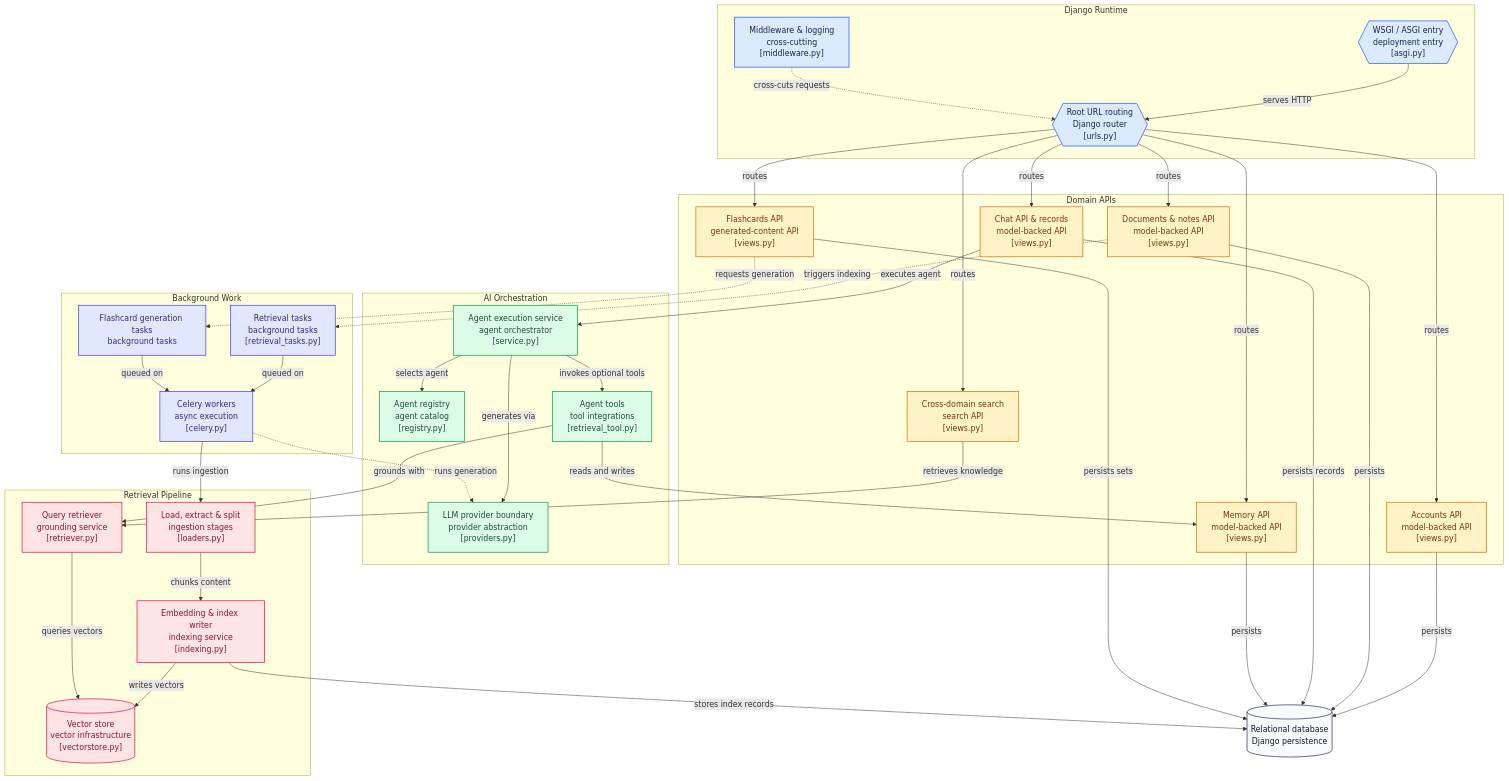
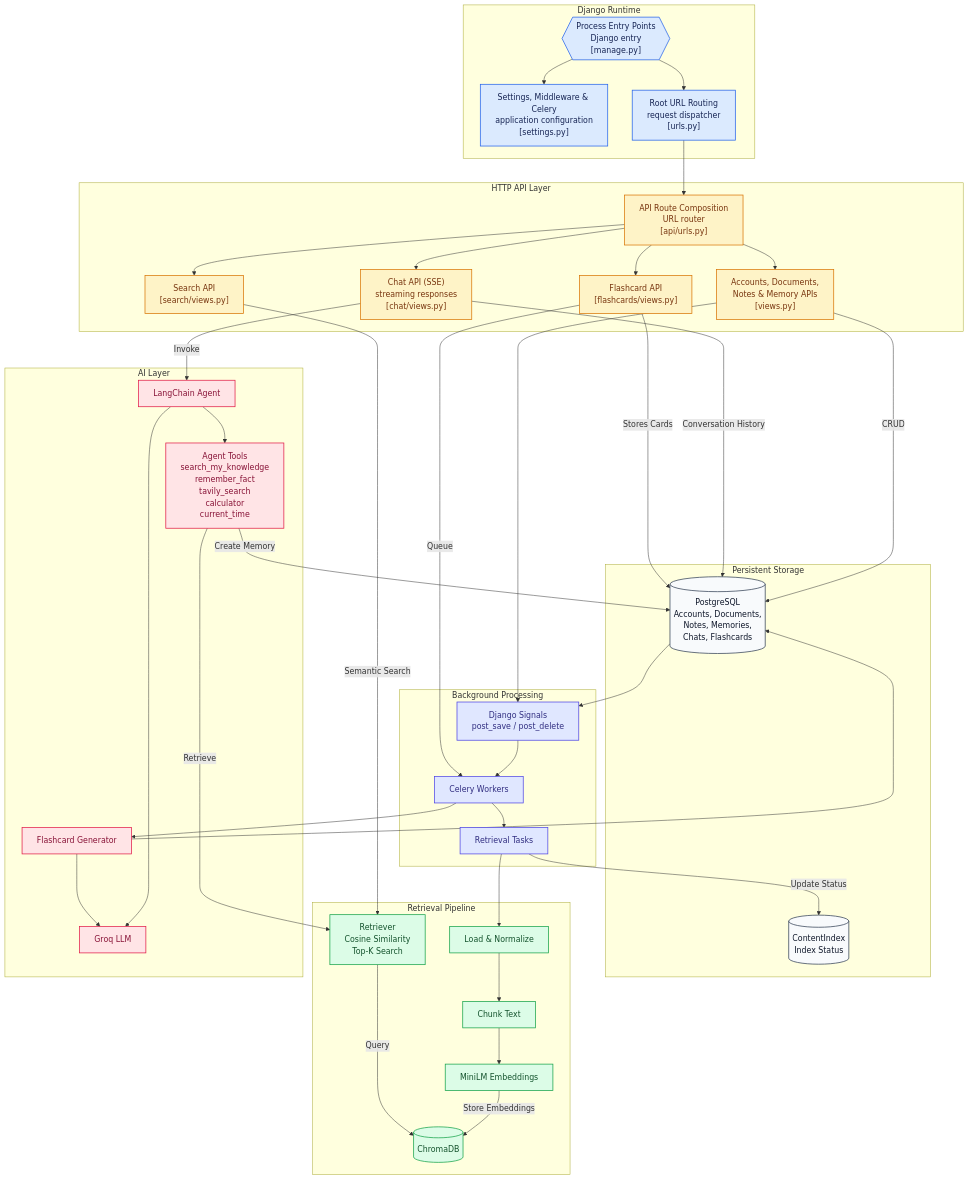
Before and after one commit to AshrayaBashyal/knowledge_assistant: the diagram in README.md, drawn with Mermaid.

Commit message:
Revise flowchart for Django architecture in README
Updated the flowchart in the README to reflect changes in the Django architecture, including the addition of new nodes and removal of outdated ones.

````diff
--- a/README.md
+++ b/README.md
@@ -40,190 +40,98 @@
 flowchart TD
 
 subgraph group_runtime["Django Runtime"]
-
-  node_urls{{"Root URL routing<br/>Django router<br/>[urls.py]"}}
-
-  node_runtime{{"WSGI / ASGI entry<br/>deployment entry<br/>[asgi.py]"}}
-
-  node_middleware["Middleware &amp; logging<br/>cross-cutting<br/>[middleware.py]"]
-
+  node_entrypoints{{"Process Entry Points<br/>Django entry<br/>[manage.py]"}}
+  node_settings["Settings, Middleware & Celery<br/>application configuration<br/>[settings.py]"]
+  node_root_routes["Root URL Routing<br/>request dispatcher<br/>[urls.py]"]
 end
 
-subgraph group_domains["Domain APIs"]
-
-  node_accounts["Accounts API<br/>model-backed API<br/>[views.py]"]
-
-  node_content["Documents &amp; notes API<br/>model-backed API<br/>[views.py]"]
-
-  node_chat["Chat API &amp; records<br/>model-backed API<br/>[views.py]"]
-
-  node_memory["Memory API<br/>model-backed API<br/>[views.py]"]
-
-  node_flashcards["Flashcards API<br/>generated-content API<br/>[views.py]"]
-
-  node_search["Cross-domain search<br/>search API<br/>[views.py]"]
-
+subgraph group_api["HTTP API Layer"]
+  node_api_routes["API Route Composition<br/>URL router<br/>[api/urls.py]"]
+  node_content["Accounts, Documents,<br/>Notes & Memory APIs<br/>[views.py]"]
+  node_chat["Chat API (SSE)<br/>streaming responses<br/>[chat/views.py]"]
+  node_flashcards["Flashcard API<br/>[flashcards/views.py]"]
+  node_search["Search API<br/>[search/views.py]"]
 end
 
-subgraph group_ai["AI Orchestration"]
+subgraph group_storage["Persistent Storage"]
+  node_postgres[("PostgreSQL<br/>Accounts, Documents,<br/>Notes, Memories,<br/>Chats, Flashcards")]
+  node_contentindex[("ContentIndex<br/>Index Status")]
+end
 
-  node_agent_service["Agent execution service<br/>agent orchestrator<br/>[service.py]"]
-
-  node_agent_registry["Agent registry<br/>agent catalog<br/>[registry.py]"]
-
-  node_llm["LLM provider boundary<br/>provider abstraction<br/>[providers.py]"]
-
-  node_tools["Agent tools<br/>tool integrations<br/>[retrieval_tool.py]"]
-
+subgraph group_async["Background Processing"]
+  node_signals["Django Signals<br/>post_save / post_delete"]
+  node_celery["Celery Workers"]
+  node_tasks["Retrieval Tasks"]
 end
 
 subgraph group_retrieval["Retrieval Pipeline"]
-
-  node_ingestion["Load, extract &amp; split<br/>ingestion stages<br/>[loaders.py]"]
-
-  node_indexing["Embedding &amp; index writer<br/>indexing service<br/>[indexing.py]"]
-
-  node_vectorstore[("Vector store<br/>vector infrastructure<br/>[vectorstore.py]")]
-
-  node_retriever["Query retriever<br/>grounding service<br/>[retriever.py]"]
-
+  node_loader["Load & Normalize"]
+  node_chunk["Chunk Text"]
+  node_embed["MiniLM Embeddings"]
+  node_vector[("ChromaDB")]
+  node_retriever["Retriever<br/>Cosine Similarity<br/>Top-K Search"]
 end
 
-subgraph group_async["Background Work"]
+subgraph group_ai["AI Layer"]
+  node_agent["LangChain Agent"]
+  node_llm["Groq LLM"]
 
-  node_celery["Celery workers<br/>async execution<br/>[celery.py]"]
+  node_tools["Agent Tools<br/>search_my_knowledge<br/>remember_fact<br/>tavily_search<br/>calculator<br/>current_time"]
 
-  node_retrieval_tasks["Retrieval tasks<br/>background tasks<br/>[retrieval_tasks.py]"]
-
-  node_flashcard_tasks["Flashcard generation tasks<br/>background tasks"]
-
+  node_flashgen["Flashcard Generator"]
 end
 
-node_database[("Relational database<br/>Django persistence")]
+node_entrypoints --> node_settings
+node_entrypoints --> node_root_routes
+node_root_routes --> node_api_routes
 
-node_runtime -->|"serves HTTP"| node_urls
+node_api_routes --> node_content
+node_api_routes --> node_chat
+node_api_routes --> node_flashcards
+node_api_routes --> node_search
 
-node_urls -->|"routes"| node_accounts
+node_content -->|"CRUD"| node_postgres
+node_chat -->|"Conversation History"| node_postgres
+node_flashcards -->|"Stores Cards"| node_postgres
 
-node_urls -->|"routes"| node_content
+node_content --> node_signals
+node_signals --> node_celery
+node_celery --> node_tasks
 
-node_urls -->|"routes"| node_chat
+node_tasks --> node_loader
+node_loader --> node_chunk
+node_chunk --> node_embed
+node_embed -->|"Store Embeddings"| node_vector
+node_tasks -->|"Update Status"| node_contentindex
 
-node_urls -->|"routes"| node_memory
+node_chat -->|"Invoke"| node_agent
+node_agent --> node_llm
+node_agent --> node_tools
 
-node_urls -->|"routes"| node_flashcards
+node_tools -->|"Retrieve"| node_retriever
+node_retriever -->|"Query"| node_vector
 
-node_urls -->|"routes"| node_search
+node_tools -->|"Create Memory"| node_postgres
+node_postgres --> node_signals
 
-node_middleware -.->|"cross-cuts requests"| node_urls
+node_search -->|"Semantic Search"| node_retriever
 
-node_accounts -->|"persists"| node_database
-
-node_content -->|"persists"| node_database
-
-node_chat -->|"persists records"| node_database
-
-node_memory -->|"persists"| node_database
-
-node_flashcards -->|"persists sets"| node_database
-
-node_chat -->|"executes agent"| node_agent_service
-
-node_agent_service -->|"selects agent"| node_agent_registry
-
-node_agent_service -->|"generates via"| node_llm
-
-node_agent_service -->|"invokes optional tools"| node_tools
-
-node_tools -->|"grounds with"| node_retriever
-
-node_tools -->|"reads and writes"| node_memory
-
-node_content -.->|"triggers indexing"| node_retrieval_tasks
-
-node_retrieval_tasks -->|"queued on"| node_celery
-
-node_celery -->|"runs ingestion"| node_ingestion
-
-node_ingestion -->|"chunks content"| node_indexing
-
-node_indexing -->|"writes vectors"| node_vectorstore
-
-node_indexing -->|"stores index records"| node_database
-
-node_retriever -->|"queries vectors"| node_vectorstore
-
-node_search -->|"retrieves knowledge"| node_retriever
-
-node_flashcards -.->|"requests generation"| node_flashcard_tasks
-
-node_flashcard_tasks -->|"queued on"| node_celery
-
-node_celery -.->|"runs generation"| node_llm
-
-click node_urls "https://github.com/ashrayabashyal/knowledge_assistant/blob/main/config/urls.py"
-
-click node_runtime "https://github.com/ashrayabashyal/knowledge_assistant/blob/main/config/asgi.py"
-
-click node_middleware "https://github.com/ashrayabashyal/knowledge_assistant/blob/main/core/middleware.py"
-
-click node_accounts "https://github.com/ashrayabashyal/knowledge_assistant/blob/main/accounts/views.py"
-
-click node_content "https://github.com/ashrayabashyal/knowledge_assistant/blob/main/documents/views.py"
-
-click node_chat "https://github.com/ashrayabashyal/knowledge_assistant/blob/main/chat/views.py"
-
-click node_memory "https://github.com/ashrayabashyal/knowledge_assistant/blob/main/memory/views.py"
-
-click node_flashcards "https://github.com/ashrayabashyal/knowledge_assistant/blob/main/flashcards/views.py"
-
-click node_search "https://github.com/ashrayabashyal/knowledge_assistant/blob/main/search/views.py"
-
-click node_agent_service "https://github.com/ashrayabashyal/knowledge_assistant/blob/main/agents/service.py"
-
-click node_agent_registry "https://github.com/ashrayabashyal/knowledge_assistant/blob/main/agents/registry.py"
-
-click node_llm "https://github.com/ashrayabashyal/knowledge_assistant/blob/main/llm/providers.py"
-
-click node_tools "https://github.com/ashrayabashyal/knowledge_assistant/blob/main/tools/retrieval_tool.py"
-
-click node_ingestion "https://github.com/ashrayabashyal/knowledge_assistant/blob/main/retrieval/loaders.py"
-
-click node_indexing "https://github.com/ashrayabashyal/knowledge_assistant/blob/main/retrieval/indexing.py"
-
-click node_vectorstore "https://github.com/ashrayabashyal/knowledge_assistant/blob/main/retrieval/vectorstore.py"
-
-click node_retriever "https://github.com/ashrayabashyal/knowledge_assistant/blob/main/retrieval/retriever.py"
-
-click node_celery "https://github.com/ashrayabashyal/knowledge_assistant/blob/main/config/celery.py"
-
-click node_retrieval_tasks "https://github.com/ashrayabashyal/knowledge_assistant/blob/main/tasks/retrieval_tasks.py"
-
-click node_flashcard_tasks "https://github.com/ashrayabashyal/knowledge_assistant/blob/main/tasks/flashcards_tasks.py"
+node_flashcards -->|"Queue"| node_celery
+node_celery --> node_flashgen
+node_flashgen --> node_llm
+node_flashgen --> node_postgres
 
 classDef toneNeutral fill:#f8fafc,stroke:#334155,stroke-width:1.5px,color:#0f172a
-
 classDef toneBlue fill:#dbeafe,stroke:#2563eb,stroke-width:1.5px,color:#172554
-
 classDef toneAmber fill:#fef3c7,stroke:#d97706,stroke-width:1.5px,color:#78350f
-
 classDef toneMint fill:#dcfce7,stroke:#16a34a,stroke-width:1.5px,color:#14532d
-
 classDef toneRose fill:#ffe4e6,stroke:#e11d48,stroke-width:1.5px,color:#881337
-
 classDef toneIndigo fill:#e0e7ff,stroke:#4f46e5,stroke-width:1.5px,color:#312e81
 
-classDef toneTeal fill:#ccfbf1,stroke:#0f766e,stroke-width:1.5px,color:#134e4a
-
-class node_urls,node_runtime,node_middleware toneBlue
-
-class node_accounts,node_content,node_chat,node_memory,node_flashcards,node_search toneAmber
-
-class node_agent_service,node_agent_registry,node_llm,node_tools toneMint
-
-class node_ingestion,node_indexing,node_vectorstore,node_retriever toneRose
-
-class node_celery,node_retrieval_tasks,node_flashcard_tasks toneIndigo
-
-class node_database toneNeutral
+class node_entrypoints,node_settings,node_root_routes toneBlue
+class node_api_routes,node_content,node_chat,node_flashcards,node_search toneAmber
+class node_postgres,node_contentindex toneNeutral
+class node_signals,node_celery,node_tasks toneIndigo
+class node_loader,node_chunk,node_embed,node_vector,node_retriever toneMint
+class node_agent,node_llm,node_tools,node_flashgen toneRose
 ```
````
